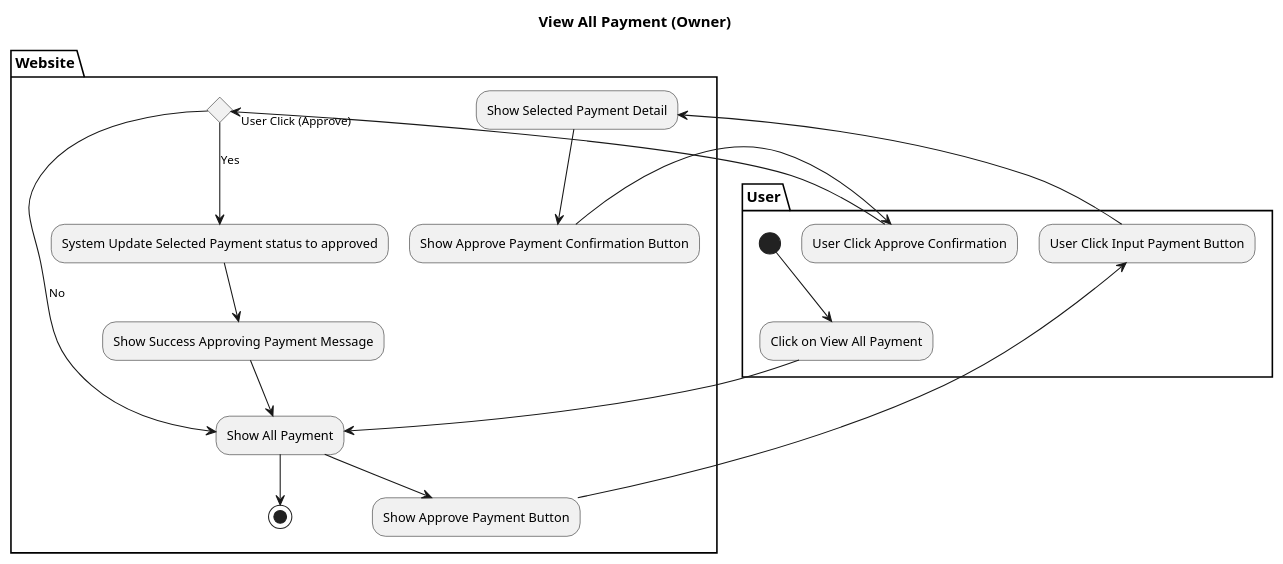
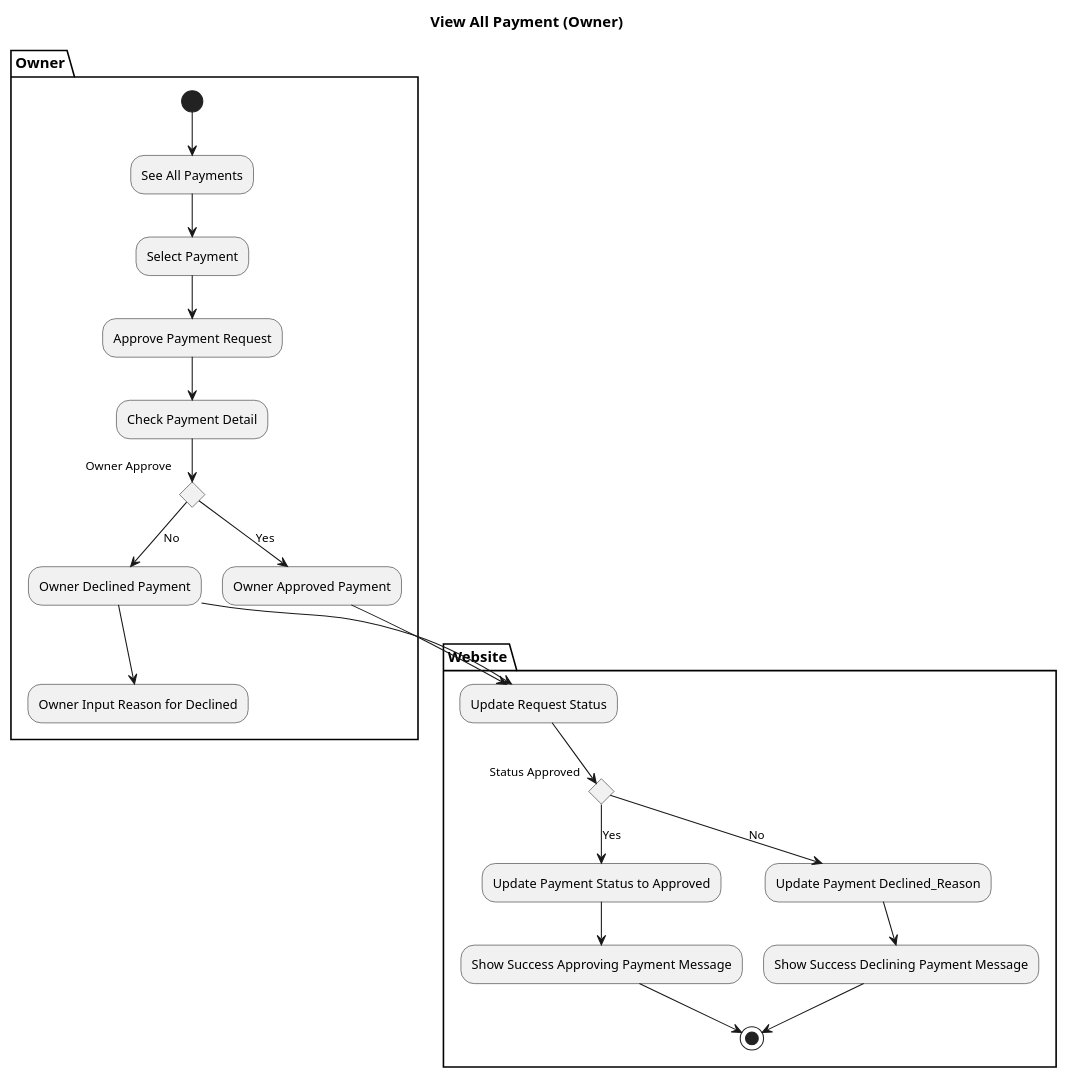
The diagram in Design/BHFMS_ACTIVITY/View All Payment (Owner).puml (AntWort21/BHFMS), drawn with PlantUML before and after one commit. The commit also changed 8 other files, not shown here.

Commit message:
Update Sequence & Activity Diagram for Admin

```diff
--- a/Design/BHFMS_ACTIVITY/View All Payment (Owner).puml
+++ b/Design/BHFMS_ACTIVITY/View All Payment (Owner).puml
@@ -1,36 +1,30 @@
 @startuml
+title View All Payment (Owner)
+partition Owner {
+    (*)  --> "See All Payments"
+    --> "Select Payment"
 
-' left to right direction
-top to bottom direction
-
-title View All Payment (Owner)
-partition User {
-(*)  --> "Click on View All Payment"
-}
-partition Website {
---> "Show All Payment"
--->"Show Approve Payment Button"
-}
-partition User {
---> "User Click Input Payment Button"
-}
-partition Website {
---> "Show Selected Payment Detail"
--->"Show Approve Payment Confirmation Button"
-}
-partition User {
---> "User Click Approve Confirmation"
-}
-partition Website {
-    If "User Click (Approve)" then
-    --> [Yes] "System Update Selected Payment status to approved"
-    --> "Show Success Approving Payment Message"
-    --> "Show All Payment"
-    else
-    --> [No] "Show All Payment"
-    Endif
--->(*)
+    --> "Approve Payment Request"
+    --> "Check Payment Detail"
+        If "Owner Approve" then
+        --> [Yes] "Owner Approved Payment"
+        else
+        --> [No] "Owner Declined Payment"
+        --> "Owner Input Reason for Declined"
+        Endif
 }
 
+partition Website {
+    "Owner Approved Payment" --> "Update Request Status"
+    "Owner Declined Payment" --> "Update Request Status"
+    If "Status Approved" then
+    --> [Yes] "Update Payment Status to Approved"
+    --> "Show Success Approving Payment Message"
+    -->(*)
+    else
+    --> [No] "Update Payment Declined_Reason"
+    --> "Show Success Declining Payment Message" 
+    -->(*)
+}
 
 @enduml
```
